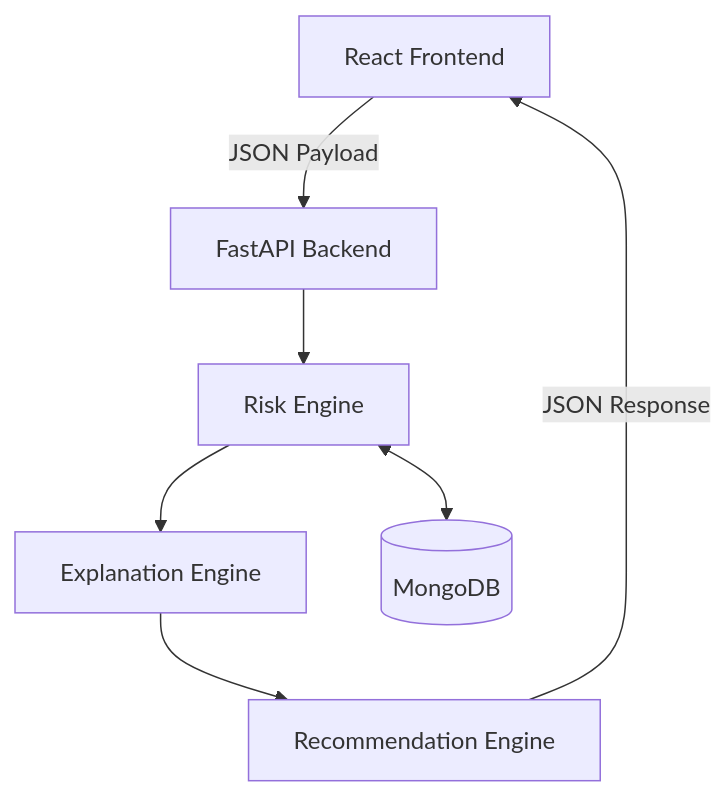
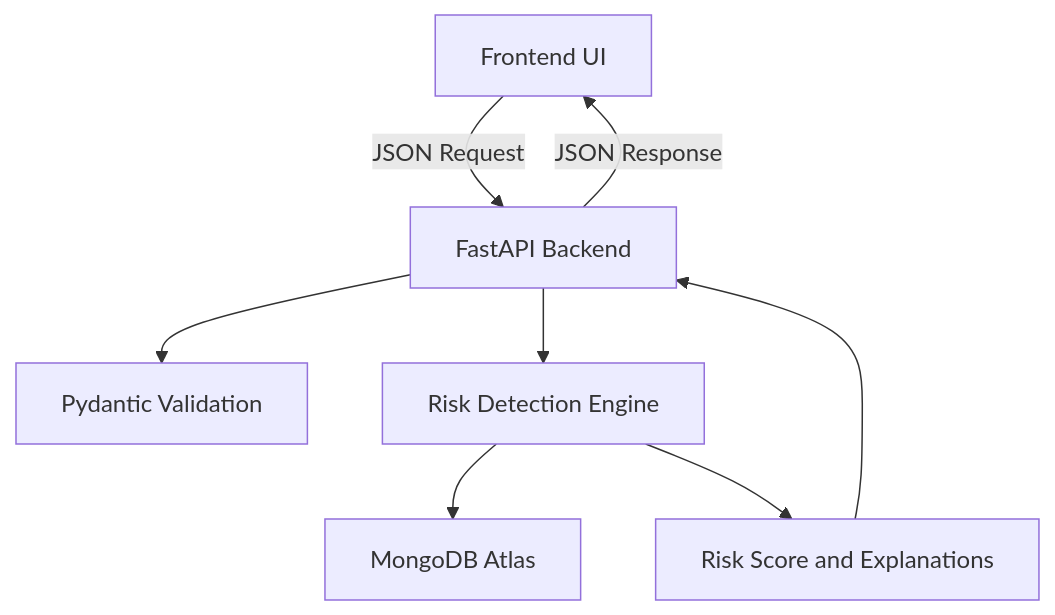
Before and after one commit to ananyajoshi-cseai/FraudLens: the second of 2 diagrams in README.md, drawn with Mermaid. The commit also changed other lines of this file, not shown here.

````diff
--- a/README.md
+++ b/README.md
@@ -89,9 +156,10 @@
 ```mermaid
 flowchart TD
-    A[React Frontend] -->|JSON Payload| B[FastAPI Backend]
-    B --> C[Risk Engine]
-    C --> D[Explanation Engine]
-    D --> E[Recommendation Engine]
-    C <--> F[(MongoDB)]
-    E -->|JSON Response| A
+    A[Frontend UI] -->|JSON Request| B[FastAPI Backend]
+    B --> C[Pydantic Validation]
+    B --> D[Risk Detection Engine]
+    D --> E[MongoDB Atlas]
+    D --> F[Risk Score and Explanations]
+    F --> B
+    B -->|JSON Response| A
 ```
````
